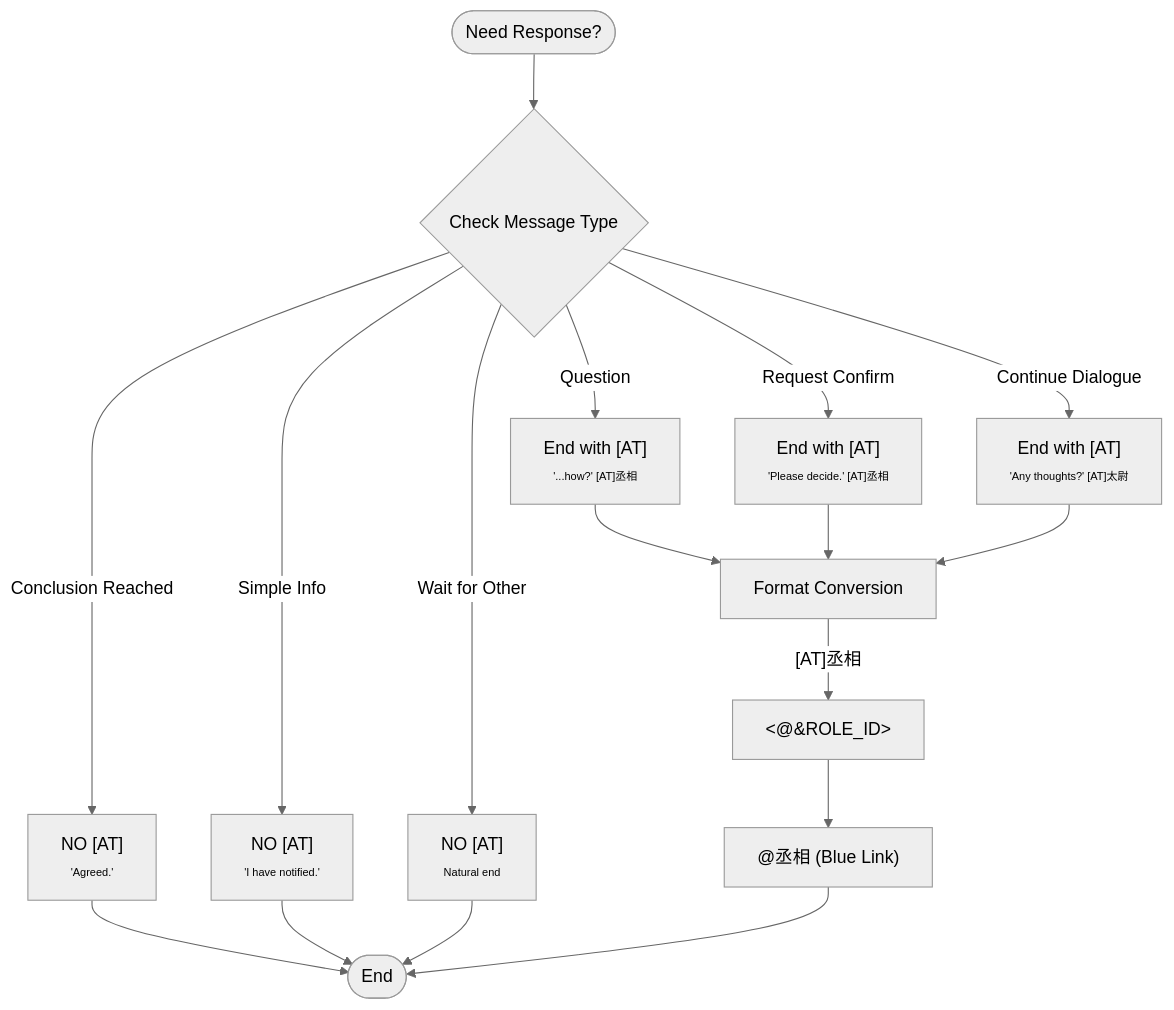
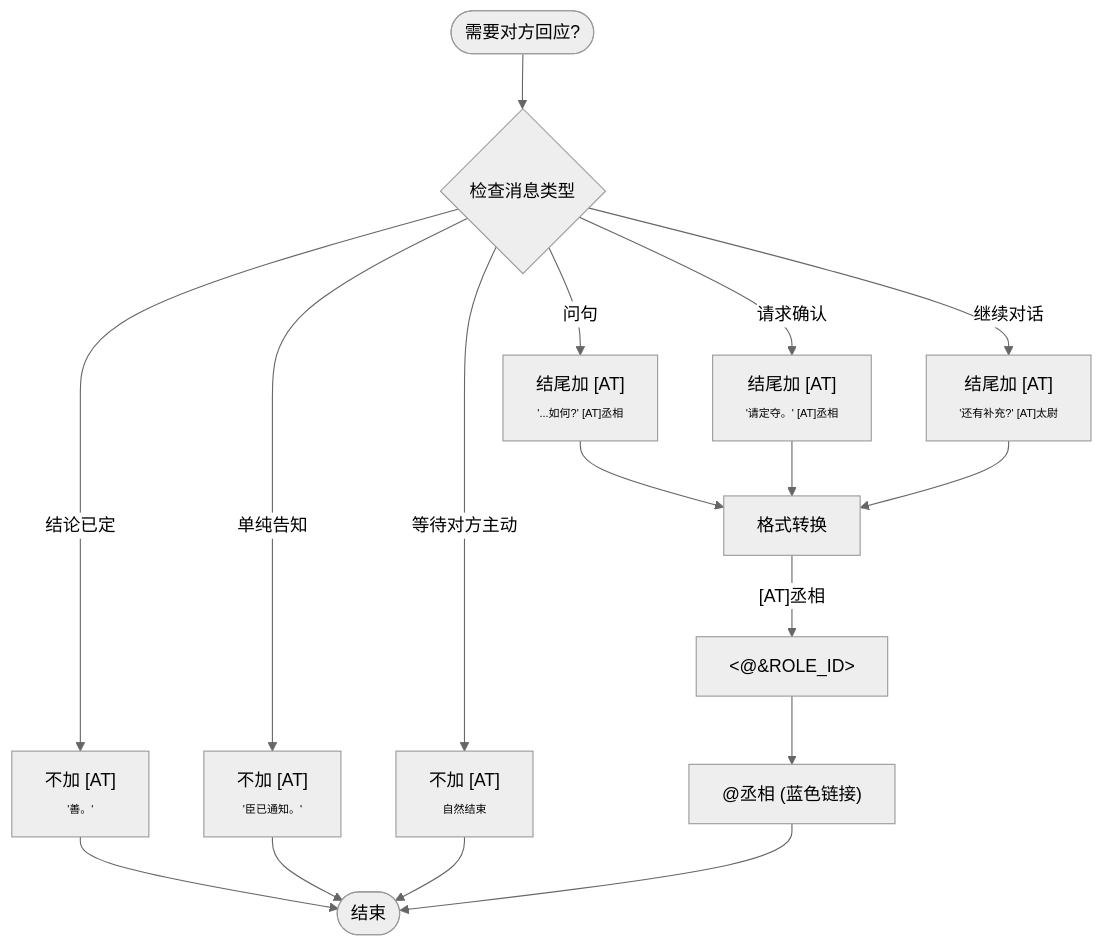
The fourth of 13 diagrams in prompts/README.md (unlimblue/ai-toolbox), drawn with Mermaid (neutral theme) before and after one commit. The commit also changed other lines of this file, not shown here.

````diff
--- a/prompts/README.md
+++ b/prompts/README.md
@@ -135,36 +135,36 @@
 ```mermaid
 flowchart TD
-    Start(["Need Response?"])
+    Start(["需要对方回应?"])
     
-    Start --> Check{"Check Message Type"}
+    Start --> Check{"检查消息类型"}
     
-    Check -->|Question| UseAT1["End with [AT]
-    <span style='font-size:10px'>'...how?' [AT]丞相</span>"]
+    Check -->|问句| UseAT1["结尾加 [AT]
+    <span style='font-size:10px'>'...如何?' [AT]丞相</span>"]
     
-    Check -->|Request Confirm| UseAT2["End with [AT]
-    <span style='font-size:10px'>'Please decide.' [AT]丞相</span>"]
+    Check -->|请求确认| UseAT2["结尾加 [AT]
+    <span style='font-size:10px'>'请定夺。' [AT]丞相</span>"]
     
-    Check -->|Continue Dialogue| UseAT3["End with [AT]
-    <span style='font-size:10px'>'Any thoughts?' [AT]太尉</span>"]
+    Check -->|继续对话| UseAT3["结尾加 [AT]
+    <span style='font-size:10px'>'还有补充?' [AT]太尉</span>"]
     
-    Check -->|Conclusion Reached| NoAT1["NO [AT]
-    <span style='font-size:10px'>'Agreed.'</span>"]
+    Check -->|结论已定| NoAT1["不加 [AT]
+    <span style='font-size:10px'>'善。'</span>"]
     
-    Check -->|Simple Info| NoAT2["NO [AT]
-    <span style='font-size:10px'>'I have notified.'</span>"]
+    Check -->|单纯告知| NoAT2["不加 [AT]
+    <span style='font-size:10px'>'臣已通知。'</span>"]
     
-    Check -->|Wait for Other| NoAT3["NO [AT]
-    <span style='font-size:10px'>Natural end</span>"]
+    Check -->|等待对方主动| NoAT3["不加 [AT]
+    <span style='font-size:10px'>自然结束</span>"]
 
-    UseAT1 --> Convert[Format Conversion]
+    UseAT1 --> Convert[格式转换]
     UseAT2 --> Convert
     UseAT3 --> Convert
     
     Convert -->|"[AT]丞相"| Discord["<@&ROLE_ID>"]
-    Discord --> Display["@丞相 (Blue Link)"]
+    Discord --> Display["@丞相 (蓝色链接)"]
     
-    NoAT1 --> End([End])
+    NoAT1 --> End([结束])
     NoAT2 --> End
     NoAT3 --> End
     Display --> End
 ```
````
